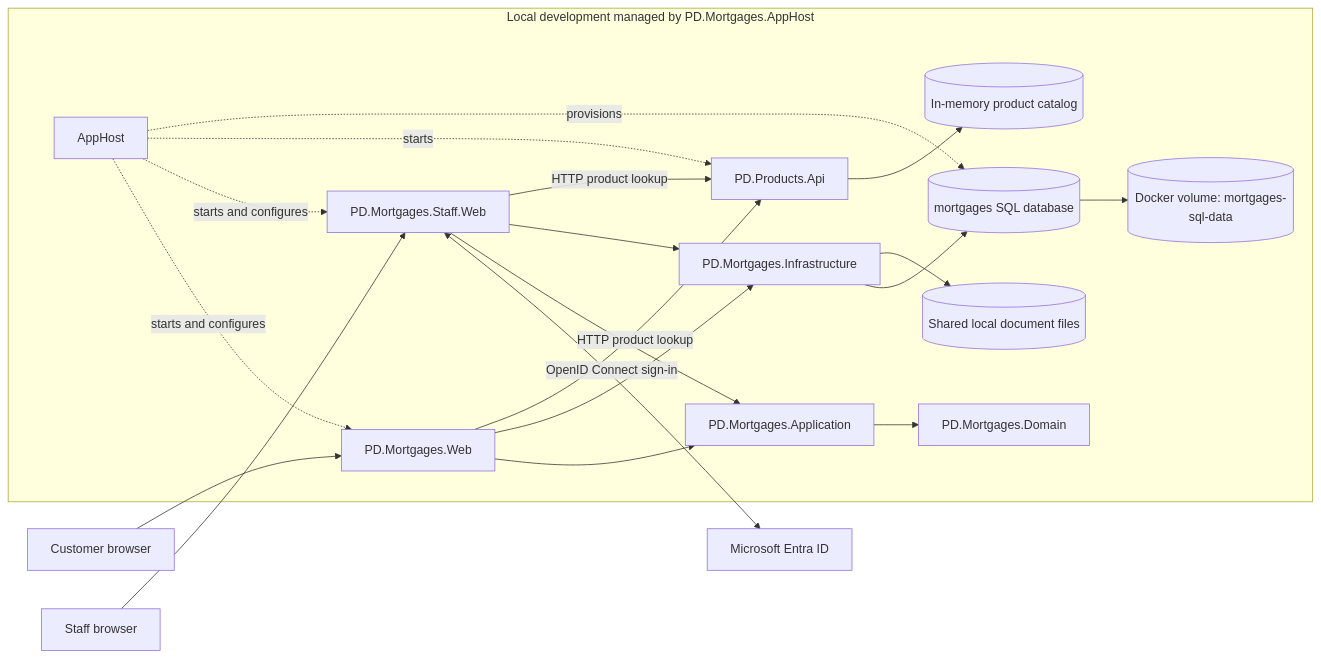
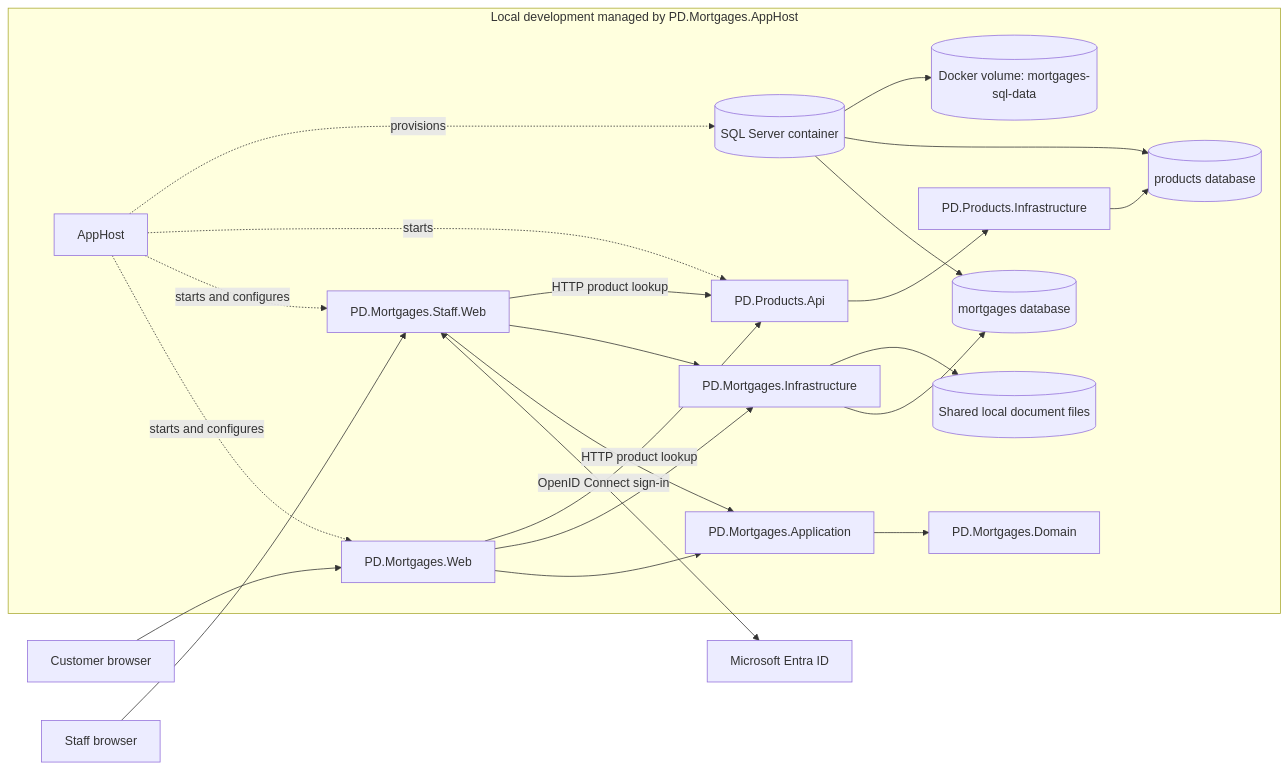
One commit to eyeballpaul/Mortgage-Processing-Application changed the first of 2 diagrams in docs/architecture.md. Above: the diagram before and after it, drawn with Mermaid. The commit also changed other lines of this file and 17 other files, not shown here.

Commit message:
Added product sql, may not be finished

````diff
--- a/docs/architecture.md
+++ b/docs/architecture.md
@@ -7,37 +7,42 @@
 ```mermaid
 flowchart LR
     CustomerUser[Customer browser] --> CustomerWeb[PD.Mortgages.Web]
     StaffUser[Staff browser] --> StaffWeb[PD.Mortgages.Staff.Web]
     StaffWeb <-->|OpenID Connect sign-in| Entra[Microsoft Entra ID]
 
     subgraph Local["Local development managed by PD.Mortgages.AppHost"]
         AppHost[AppHost]
         CustomerWeb
         StaffWeb
         ProductsApi[PD.Products.Api]
         App[PD.Mortgages.Application]
         Domain[PD.Mortgages.Domain]
         Infrastructure[PD.Mortgages.Infrastructure]
-        Database[(mortgages SQL database)]
+        SqlServer[(SQL Server container)]
+        MortgageDatabase[(mortgages database)]
+        ProductsDatabase[(products database)]
         Volume[(Docker volume: mortgages-sql-data)]
         Documents[(Shared local document files)]
-        Catalog[(In-memory product catalog)]
+        ProductsInfrastructure[PD.Products.Infrastructure]
 
         AppHost -. starts and configures .-> CustomerWeb
         AppHost -. starts and configures .-> StaffWeb
         AppHost -. starts .-> ProductsApi
-        AppHost -. provisions .-> Database
+        AppHost -. provisions .-> SqlServer
 
         CustomerWeb --> App
         StaffWeb --> App
         App --> Domain
         CustomerWeb --> Infrastructure
         StaffWeb --> Infrastructure
-        Infrastructure --> Database
-        Database --> Volume
+        Infrastructure --> MortgageDatabase
+        ProductsApi --> ProductsInfrastructure
+        ProductsInfrastructure --> ProductsDatabase
+        SqlServer --> MortgageDatabase
+        SqlServer --> ProductsDatabase
+        SqlServer --> Volume
         Infrastructure --> Documents
         CustomerWeb -->|HTTP product lookup| ProductsApi
         StaffWeb -->|HTTP product lookup| ProductsApi
-        ProductsApi --> Catalog
     end
 ```
````
